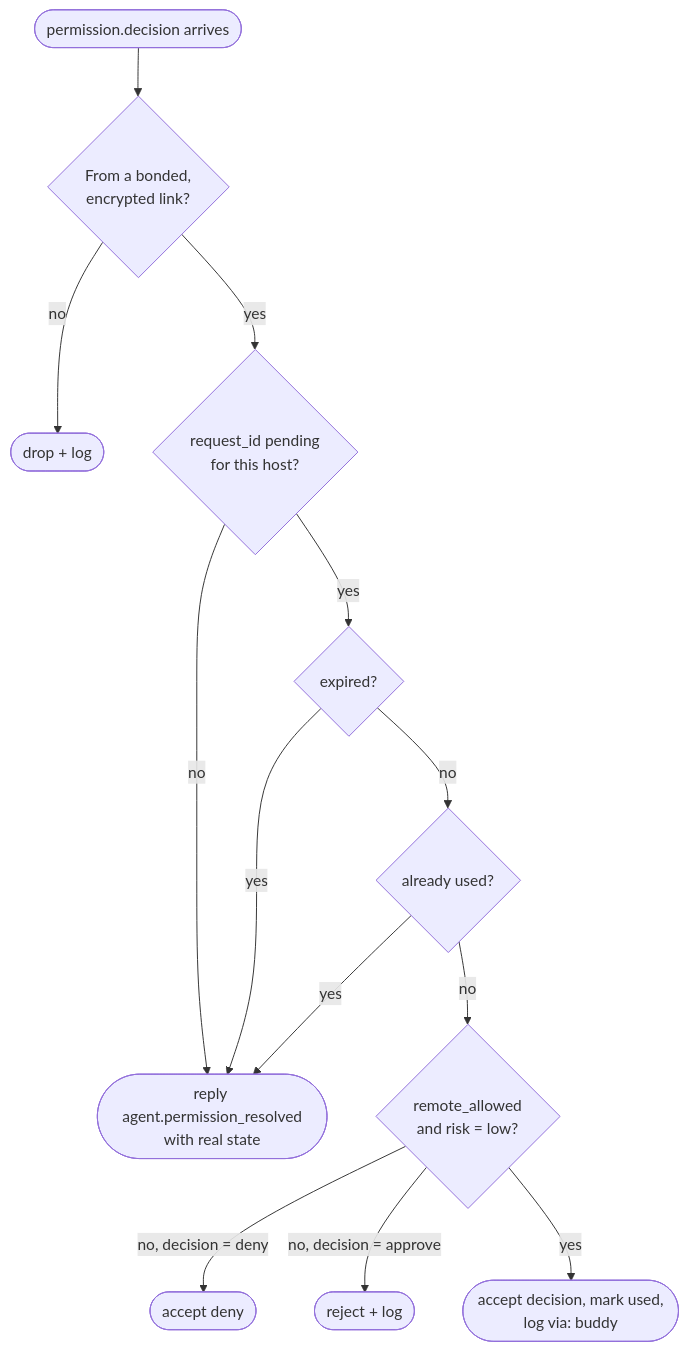
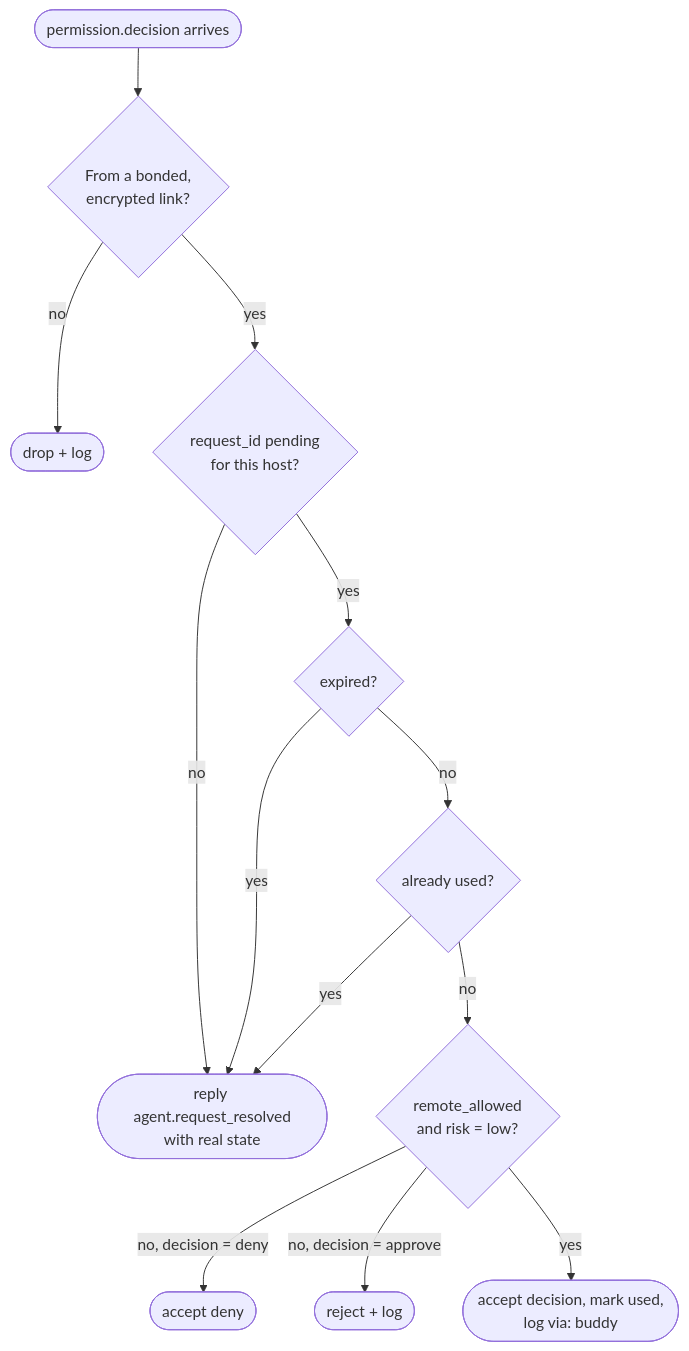
The second of 2 diagrams in docs/flows/remote-decision-flow.md (jaycorpstudios/clawd-body), drawn with Mermaid before and after one commit. The commit also changed other lines of this file and 83 other files, not shown here.

````diff
--- a/docs/flows/remote-decision-flow.md
+++ b/docs/flows/remote-decision-flow.md
@@ -34,15 +34,15 @@
 ```mermaid
 flowchart TD
     In([permission.decision arrives]) --> Bonded{From a bonded,<br/>encrypted link?}
     Bonded -->|no| Drop([drop + log])
     Bonded -->|yes| Pending{request_id pending<br/>for this host?}
-    Pending -->|no| Reply([reply agent.permission_resolved<br/>with real state])
+    Pending -->|no| Reply([reply agent.request_resolved<br/>with real state])
     Pending -->|yes| Exp{expired?}
     Exp -->|yes| Reply
     Exp -->|no| Used{already used?}
     Used -->|yes| Reply
     Used -->|no| Policy{remote_allowed<br/>and risk = low?}
     Policy -->|no, decision = deny| Deny([accept deny])
     Policy -->|no, decision = approve| Reject([reject + log])
     Policy -->|yes| Accept([accept decision, mark used,<br/>log via: buddy])
 ```
````
